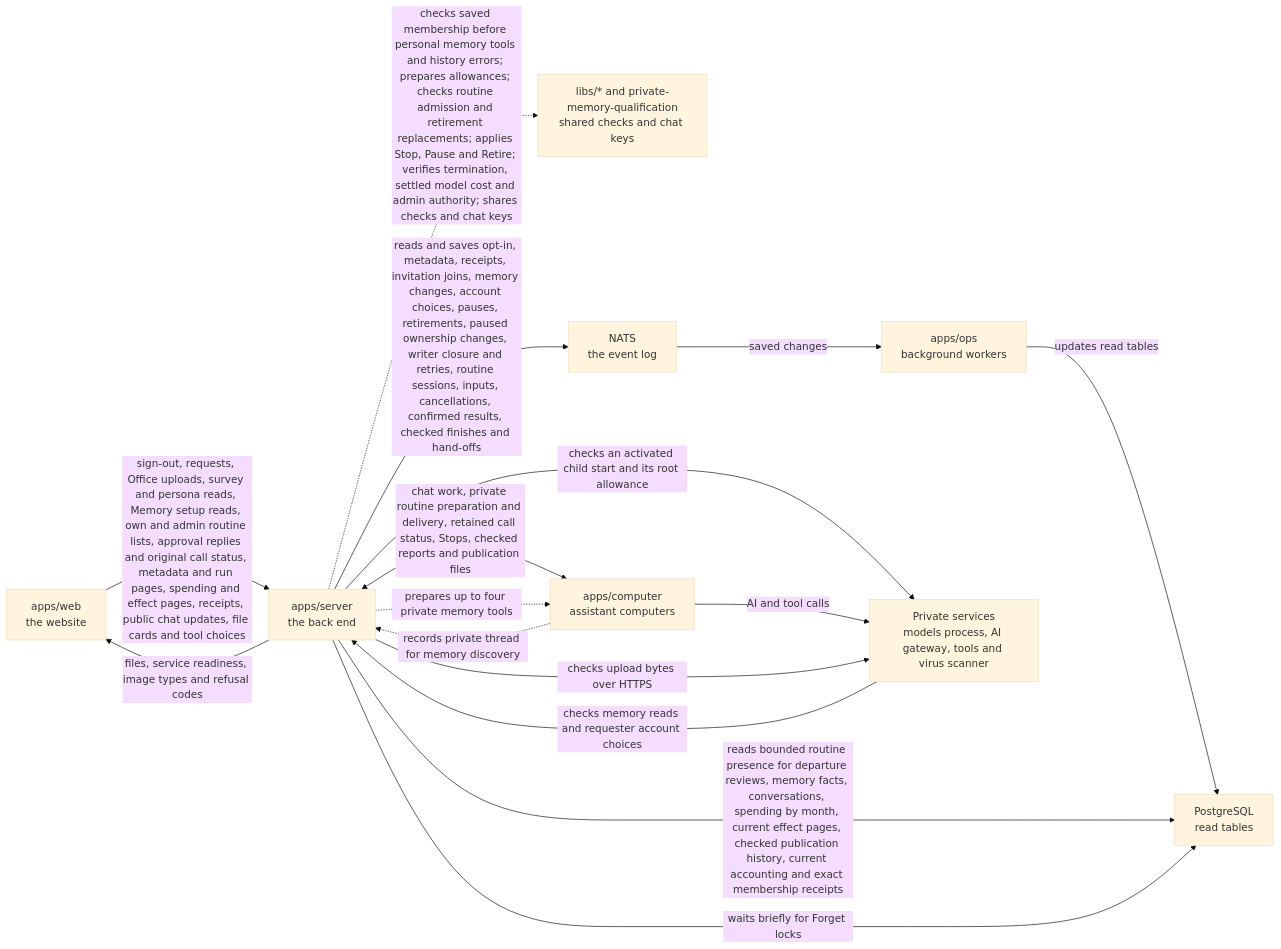
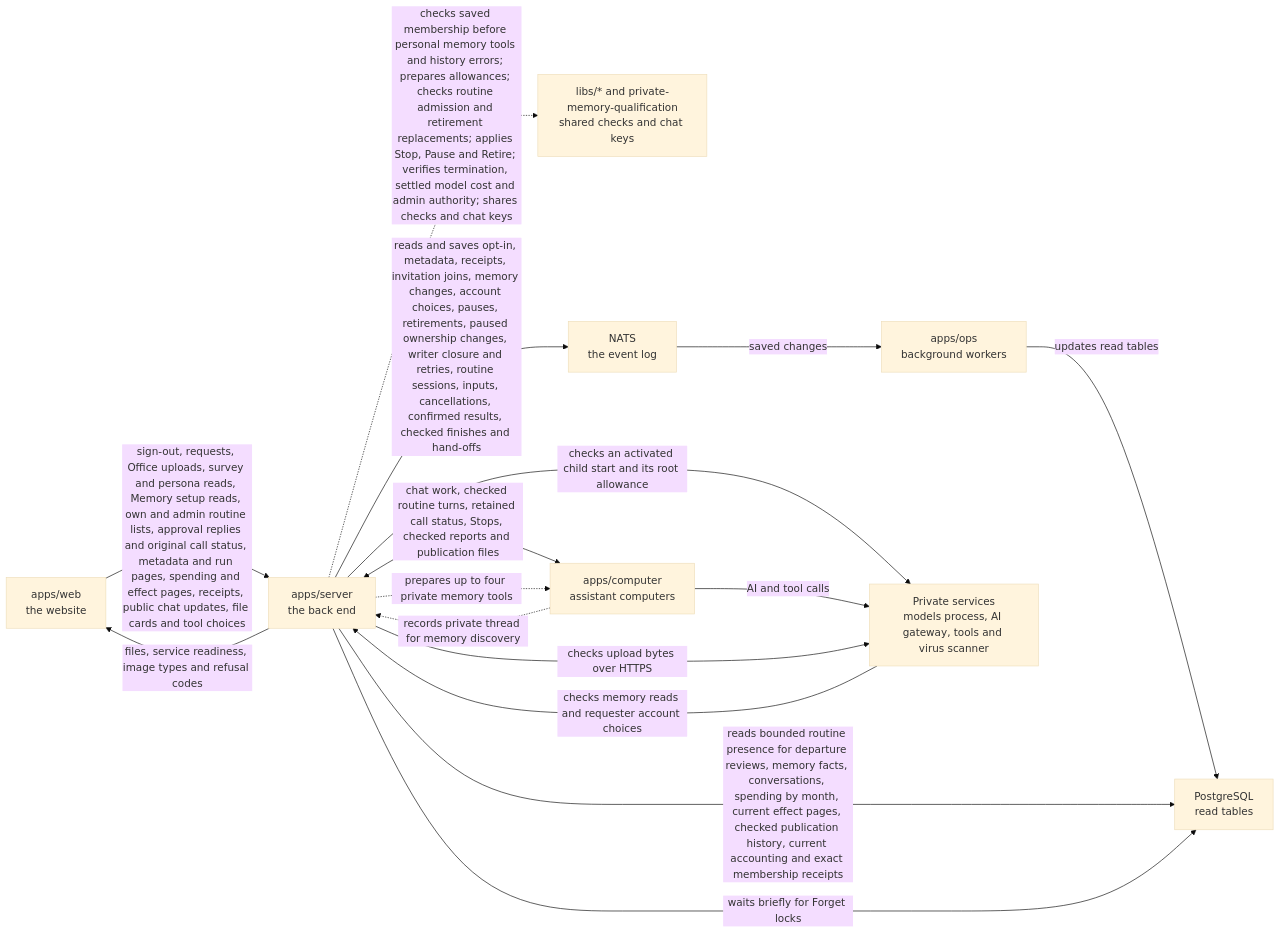
Before and after one commit to elewa-git/opencrane-new: the diagram in apps/server/README.md, drawn with Mermaid (base theme). The commit also changed other lines of this file and 9 other files, not shown here.

Commit message:
🔗 Connect checked routine delivery callback

````diff
--- a/apps/server/README.md
+++ b/apps/server/README.md
@@ -216,18 +216,18 @@
 ```mermaid
 flowchart LR
   web["apps/web<br/>the website"] -->|sign-out, requests, Office uploads, survey and persona reads, Memory setup reads, own and admin routine lists, approval replies and original call status, metadata and run pages, spending and effect pages, receipts, public chat updates, file cards and tool choices| server["apps/server<br/>the back end"]
   server -.->|checks saved membership before personal memory tools and history errors; prepares allowances; checks routine admission and retirement replacements; applies Stop, Pause and Retire; verifies termination, settled model cost and admin authority; shares checks and chat keys| libs["libs/* and private-memory-qualification<br/>shared checks and chat keys"]
   server -->|reads and saves opt-in, metadata, receipts, invitation joins, memory changes, account choices, pauses, retirements, paused ownership changes, writer closure and retries, routine sessions, inputs, cancellations, confirmed results, checked finishes and hand-offs| nats["NATS<br/>the event log"]
   nats -->|saved changes| ops["apps/ops<br/>background workers"]
   ops -->|updates read tables| postgres["PostgreSQL<br/>read tables"]
   server -->|reads bounded routine presence for departure reviews, memory facts, conversations, spending by month, current effect pages, checked publication history, current accounting and exact membership receipts| postgres
   server -->|waits briefly for Forget locks| postgres
-  server <-->|chat work, private routine preparation and delivery, retained call status, Stops, checked reports and publication files| computer["apps/computer<br/>assistant computers"]
+  server <-->|chat work, checked routine turns, retained call status, Stops, checked reports and publication files| computer["apps/computer<br/>assistant computers"]
   server -->|checks an activated child start and its root allowance| runtime
   computer -.->|records private thread for memory discovery| server
   server -.->|prepares up to four private memory tools| computer
   computer -->|AI and tool calls| runtime["Private services<br/>models process, AI gateway, tools and virus scanner"]
   server -->|files, service readiness, image types and refusal codes| web
   server -->|checks upload bytes over HTTPS| runtime
   runtime -->|checks memory reads and requester account choices| server
 ```
````
